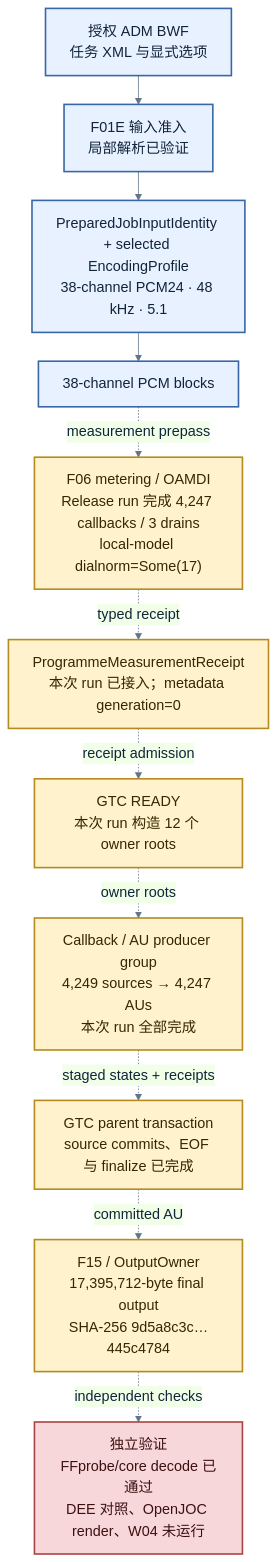
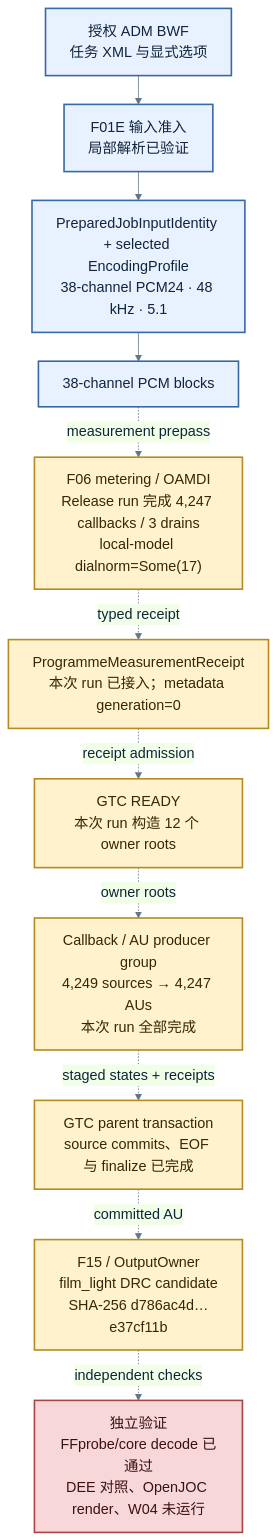
The diagram in docs/architecture/adm-to-eac3joc-chain-status.md (chyinan/JOCForge), drawn with Mermaid before and after one commit. The commit also changed other lines of this file, not shown here.

Commit message:
docs(audio): record film-light DRC A/B status

````diff
--- a/docs/architecture/adm-to-eac3joc-chain-status.md
+++ b/docs/architecture/adm-to-eac3joc-chain-status.md
@@ -136,31 +138,31 @@
 ```mermaid
 %%{init: {"theme": "base", "themeVariables": {"fontFamily": "Segoe UI, Microsoft YaHei, sans-serif", "fontSize": "18px", "primaryColor": "#e8f1ff", "primaryTextColor": "#10243a", "lineColor": "#60758a"}, "flowchart": {"nodeSpacing": 28, "rankSpacing": 36, "htmlLabels": true}}}%%
 flowchart TB
   INPUT["授权 ADM BWF<br/>任务 XML 与显式选项"]
   ADMIT["F01E 输入准入<br/>局部解析已验证"]
   PROFILE["PreparedJobInputIdentity + selected EncodingProfile<br/>38-channel PCM24 · 48 kHz · 5.1"]
   PCM["38-channel PCM blocks"]
   METER["F06 metering / OAMDI<br/>Release run 完成 4,247 callbacks / 3 drains<br/>local-model dialnorm=Some(17)"]
   MEASUREMENT["ProgrammeMeasurementReceipt<br/>本次 run 已接入；metadata generation=0"]
   READY["GTC READY<br/>本次 run 构造 12 个 owner roots"]
   PRODUCERS["Callback / AU producer group<br/>4,249 sources → 4,247 AUs<br/>本次 run 全部完成"]
   TRANSACTION["GTC parent transaction<br/>source commits、EOF 与 finalize 已完成"]
-  OUTPUT["F15 / OutputOwner<br/>17,395,712-byte final output<br/>SHA-256 9d5a8c3c…445c4784"]
+  OUTPUT["F15 / OutputOwner<br/>film_light DRC candidate<br/>SHA-256 d786ac4d…e37cf11b"]
   VALIDATE["独立验证<br/>FFprobe/core decode 已通过<br/>DEE 对照、OpenJOC render、W04 未运行"]
 
   INPUT --> ADMIT --> PROFILE --> PCM
   PCM -. "measurement prepass" .-> METER
   METER -. "typed receipt" .-> MEASUREMENT
   MEASUREMENT -. "receipt admission" .-> READY
   READY -. "owner roots" .-> PRODUCERS
   PRODUCERS -. "staged states + receipts" .-> TRANSACTION
   TRANSACTION -. "committed AU" .-> OUTPUT
   OUTPUT -. "independent checks" .-> VALIDATE
 
   classDef contract fill:#e8f1ff,stroke:#3867a8,color:#10243a,stroke-width:2px;
   classDef partial fill:#fff2cc,stroke:#b58b21,color:#342800,stroke-width:2px;
   classDef missing fill:#f8d7da,stroke:#a94442,color:#3b1010,stroke-width:2px;
   class INPUT,ADMIT,PROFILE,PCM contract;
   class METER,MEASUREMENT,READY,PRODUCERS,TRANSACTION,OUTPUT partial;
   class VALIDATE missing;
 ```
````
